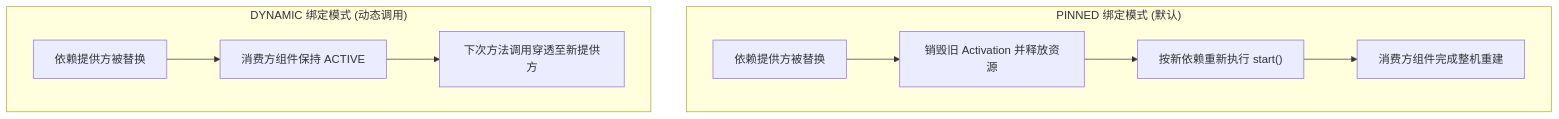
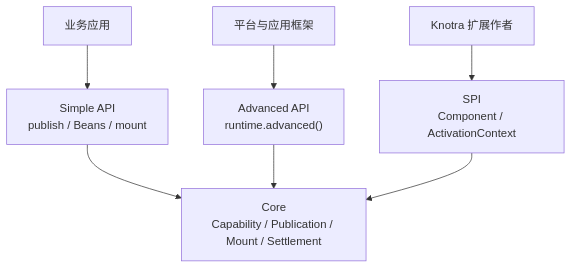
Before and after one commit to fjay/knotra: the diagram in docs/Knotra API 与集成指南.md, drawn with Mermaid. The commit also changed other lines of this file and 176 other files, not shown here.

````diff
--- a/docs/Knotra API 与集成指南.md
+++ b/docs/Knotra API 与集成指南.md
@@ -185,13 +9,9 @@
 ```mermaid
 graph TD
-    subgraph mode_pinned ["PINNED 绑定模式 (默认)"]
-        P1["依赖提供方被替换"] --> P2["销毁旧 Activation 并释放资源"]
-        P2 --> P3["按新依赖重新执行 start()"]
-        P3 --> P4["消费方组件完成整机重建"]
-    end
-
-    subgraph mode_dynamic ["DYNAMIC 绑定模式 (动态调用)"]
-        D1["依赖提供方被替换"] --> D2["消费方组件保持 ACTIVE"]
-        D2 --> D3["下次方法调用穿透至新提供方"]
-    end
+    U["业务应用"] --> S["Simple API<br/>publish / Beans / mount"]
+    P["平台与应用框架"] --> A["Advanced API<br/>runtime.advanced()"]
+    F["Knotra 扩展作者"] --> I["SPI<br/>Component / ActivationContext"]
+    S --> C["Core<br/>Capability / Publication / Mount / Settlement"]
+    A --> C
+    I --> C
 ```
````
